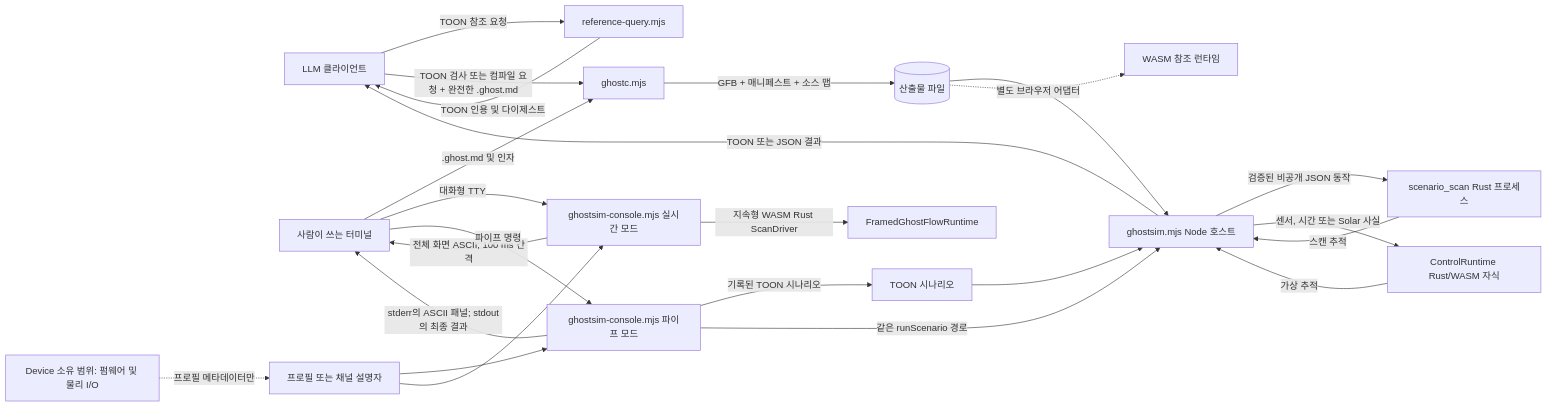
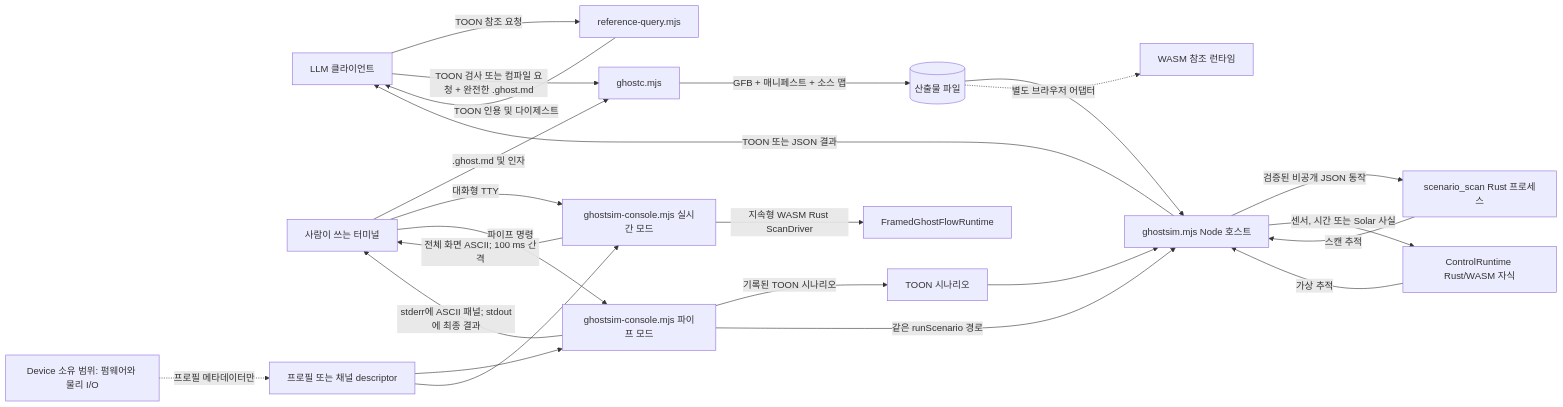
One commit to callin2/ghostflow-language changed the first of 4 diagrams in docs/LLM-TOOLCHAIN-ARCHITECTURE.ko.md. Above: the diagram before and after it, drawn with Mermaid. The commit also changed other lines of this file and 2455 other files, not shown here.

Commit message:
docs: recover Copilot rewrites, multilingual guides and diagram tooling (#614)

````diff
--- a/docs/LLM-TOOLCHAIN-ARCHITECTURE.ko.md
+++ b/docs/LLM-TOOLCHAIN-ARCHITECTURE.ko.md
@@ -12,26 +26,26 @@
 ```mermaid
 flowchart LR
   LLM[LLM 클라이언트] -->|TOON 참조 요청| R[reference-query.mjs]
   R -->|TOON 인용 및 다이제스트| LLM
   LLM -->|TOON 검사 또는 컴파일 요청 + 완전한 .ghost.md| C[ghostc.mjs]
   Human[사람이 쓰는 터미널] -->|.ghost.md 및 인자| C
   C -->|GFB + 매니페스트 + 소스 맵| A[(산출물 파일)]
   A --> S[ghostsim.mjs Node 호스트]
   Scenario[TOON 시나리오] --> S
   S -->|검증된 비공개 JSON 동작| Native[scenario_scan Rust 프로세스]
   Native -->|스캔 추적| S
   S -->|센서, 시간 또는 Solar 사실| SimWasm[ControlRuntime Rust/WASM 자식]
   SimWasm -->|가상 추적| S
   S -->|TOON 또는 JSON 결과| LLM
   Human -->|대화형 TTY| Live[ghostsim-console.mjs 실시간 모드]
   Live -->|지속형 WASM Rust ScanDriver| Core[FramedGhostFlowRuntime]
   Live -->|전체 화면 ASCII; 100 ms 간격| Human
   Human -->|파이프 명령| Console[ghostsim-console.mjs 파이프 모드]
-  Profile[프로필 또는 채널 설명자] --> Console
+  Profile[프로필 또는 채널 descriptor] --> Console
   Profile --> Live
   Console -->|기록된 TOON 시나리오| Scenario
   Console -->|같은 runScenario 경로| S
-  Console -->|stderr의 ASCII 패널; stdout의 최종 결과| Human
+  Console -->|stderr에 ASCII 패널; stdout에 최종 결과| Human
   A -. 별도 브라우저 어댑터 .-> WASM[WASM 참조 런타임]
-  Device[Device 소유 범위: 펌웨어 및 물리 I/O] -. 프로필 메타데이터만 .-> Profile
+  Device[Device 소유 범위: 펌웨어와 물리 I/O] -. 프로필 메타데이터만 .-> Profile
 ```
````
